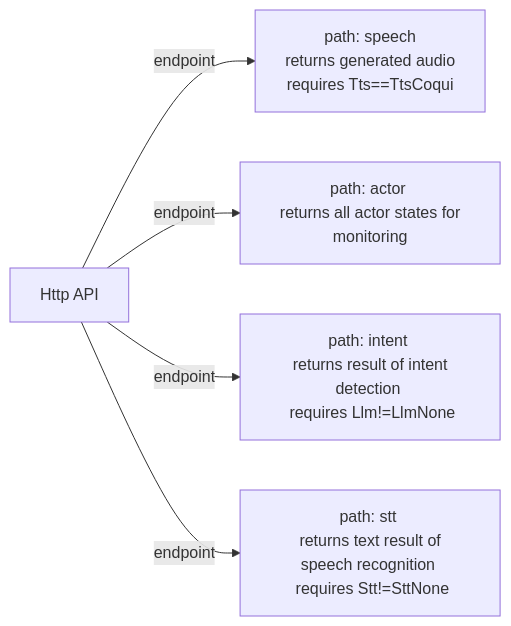
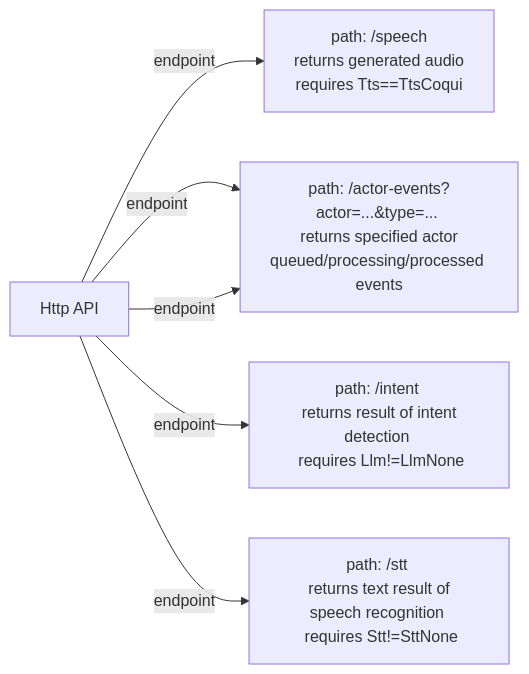
One commit to sghpjuikit/player changed the seventh of 7 diagrams in app/speech-recognition-whisper/README.md. Above: the diagram before and after it, drawn with Mermaid. The commit also changed other lines of this file, not shown here.

````diff
--- a/app/speech-recognition-whisper/README.md
+++ b/app/speech-recognition-whisper/README.md
@@ -133,8 +136,9 @@
 ```mermaid
 flowchart LR
   HTTP[Http API]
-  HTTP -->|endpoint| HTTP1[path: speech \n returns generated audio \n requires Tts==TtsCoqui]
-  HTTP -->|endpoint| HTTP2[path: actor \n returns all actor states for monitoring]
-  HTTP -->|endpoint| HTTP3[path: intent \n returns result of intent detection \n requires Llm!=LlmNone]
-  HTTP -->|endpoint| HTTP4[path: stt \n returns text result of speech recognition \n requires Stt!=SttNone]
+  HTTP -->|endpoint| HTTP1[path: /speech \n returns generated audio \n requires Tts==TtsCoqui]
+  HTTP -->|endpoint| HTTP2[path: /actor \n returns all actor states for monitoring]
+  HTTP -->|endpoint| HTTP2[path: /actor-events?actor=...&type=... \n returns specified actor queued/processing/processed events]
+  HTTP -->|endpoint| HTTP3[path: /intent \n returns result of intent detection \n requires Llm!=LlmNone]
+  HTTP -->|endpoint| HTTP4[path: /stt \n returns text result of speech recognition \n requires Stt!=SttNone]
 ```
````
